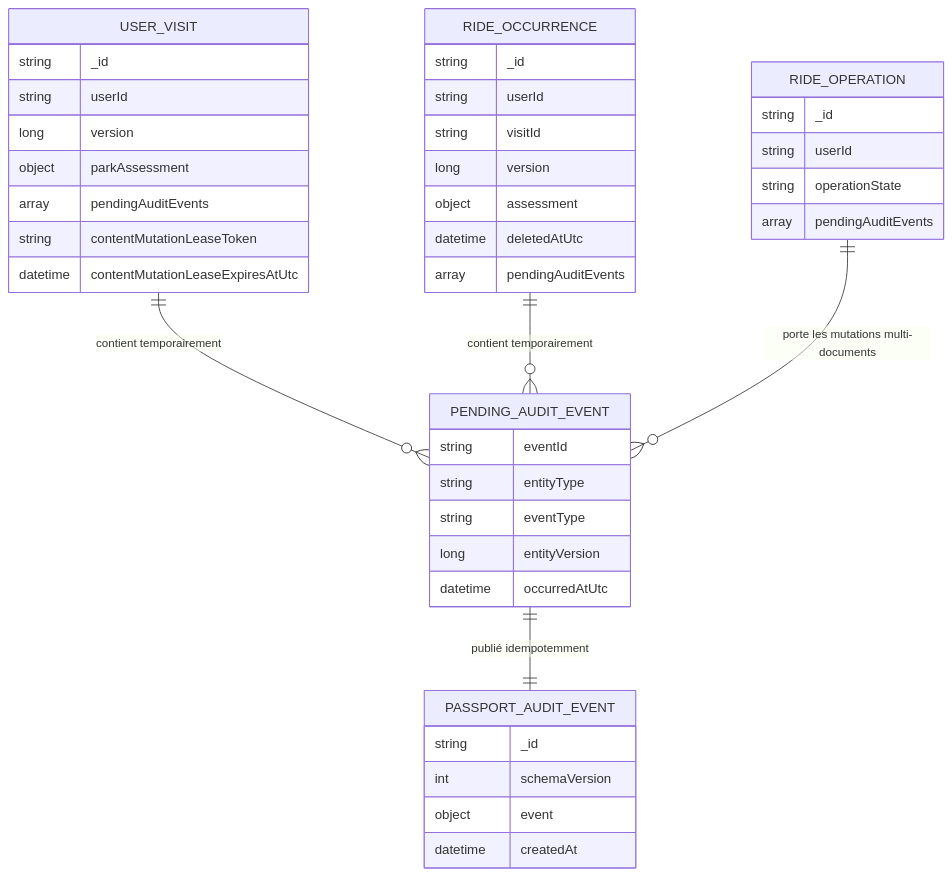
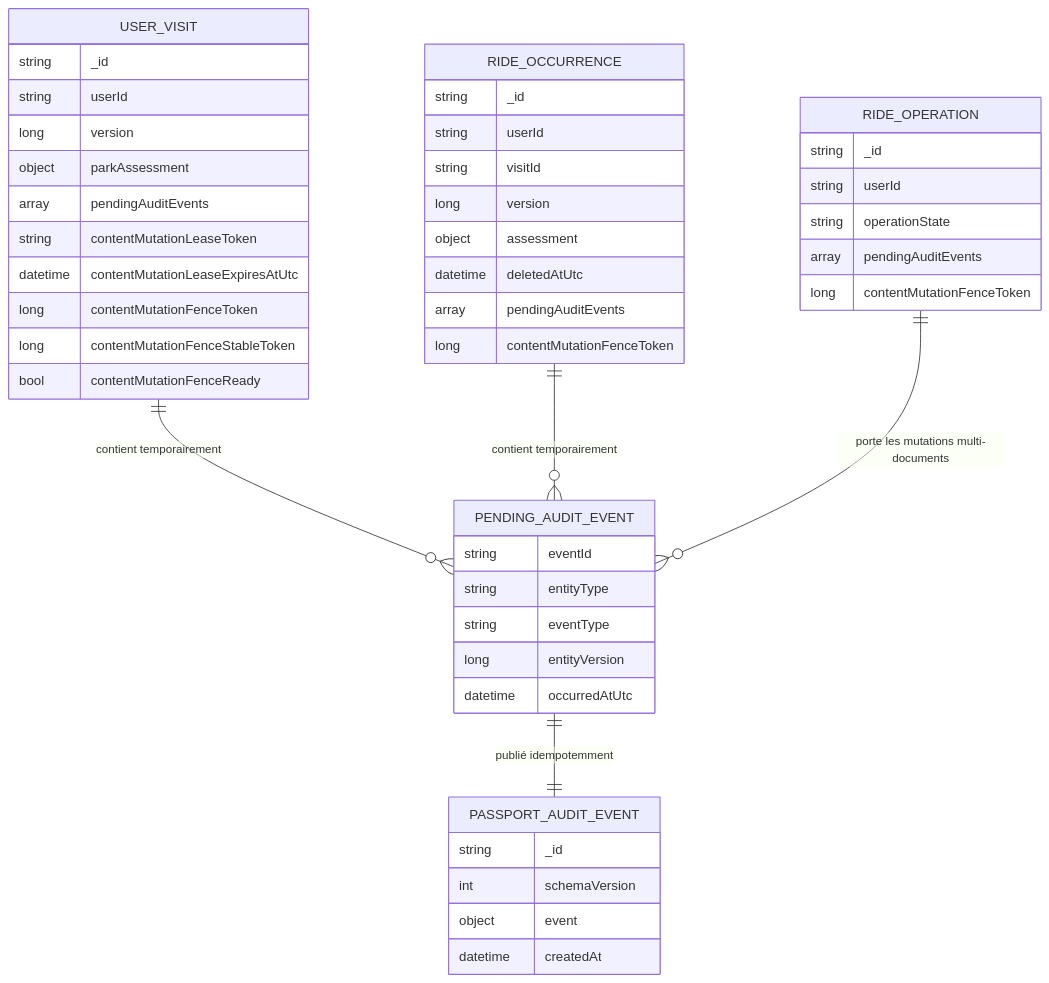
One commit to Ced59/AmusementParkProject changed the second of 5 diagrams in docs/architecture/product-growth-pass-11-passport-audit-2026-09-03.md. Above: the diagram before and after it, drawn with Mermaid. The commit also changed other lines of this file and 30 other files, not shown here.

Commit message:
fix(passport): persistently fence content writes

````diff
--- a/docs/architecture/product-growth-pass-11-passport-audit-2026-09-03.md
+++ b/docs/architecture/product-growth-pass-11-passport-audit-2026-09-03.md
@@ -56,45 +62,50 @@
 ```mermaid
 erDiagram
     USER_VISIT ||--o{ PENDING_AUDIT_EVENT : "contient temporairement"
     RIDE_OCCURRENCE ||--o{ PENDING_AUDIT_EVENT : "contient temporairement"
     RIDE_OPERATION ||--o{ PENDING_AUDIT_EVENT : "porte les mutations multi-documents"
     PENDING_AUDIT_EVENT ||--|| PASSPORT_AUDIT_EVENT : "publié idempotemment"
 
     USER_VISIT {
       string _id
       string userId
       long version
       object parkAssessment
       array pendingAuditEvents
       string contentMutationLeaseToken
       datetime contentMutationLeaseExpiresAtUtc
+      long contentMutationFenceToken
+      long contentMutationFenceStableToken
+      bool contentMutationFenceReady
     }
     RIDE_OCCURRENCE {
       string _id
       string userId
       string visitId
       long version
       object assessment
       datetime deletedAtUtc
       array pendingAuditEvents
+      long contentMutationFenceToken
     }
     RIDE_OPERATION {
       string _id
       string userId
       string operationState
       array pendingAuditEvents
+      long contentMutationFenceToken
     }
     PENDING_AUDIT_EVENT {
       string eventId
       string entityType
       string eventType
       long entityVersion
       datetime occurredAtUtc
     }
     PASSPORT_AUDIT_EVENT {
       string _id
       int schemaVersion
       object event
       datetime createdAt
     }
 ```
````
